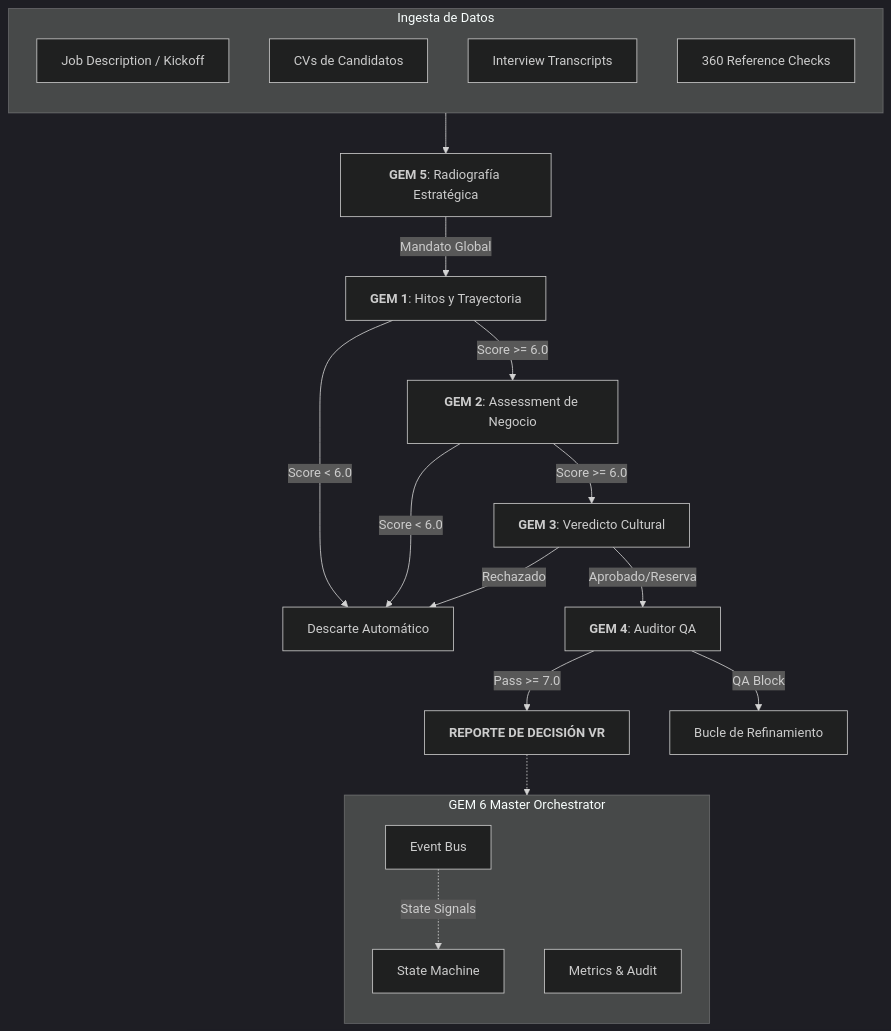
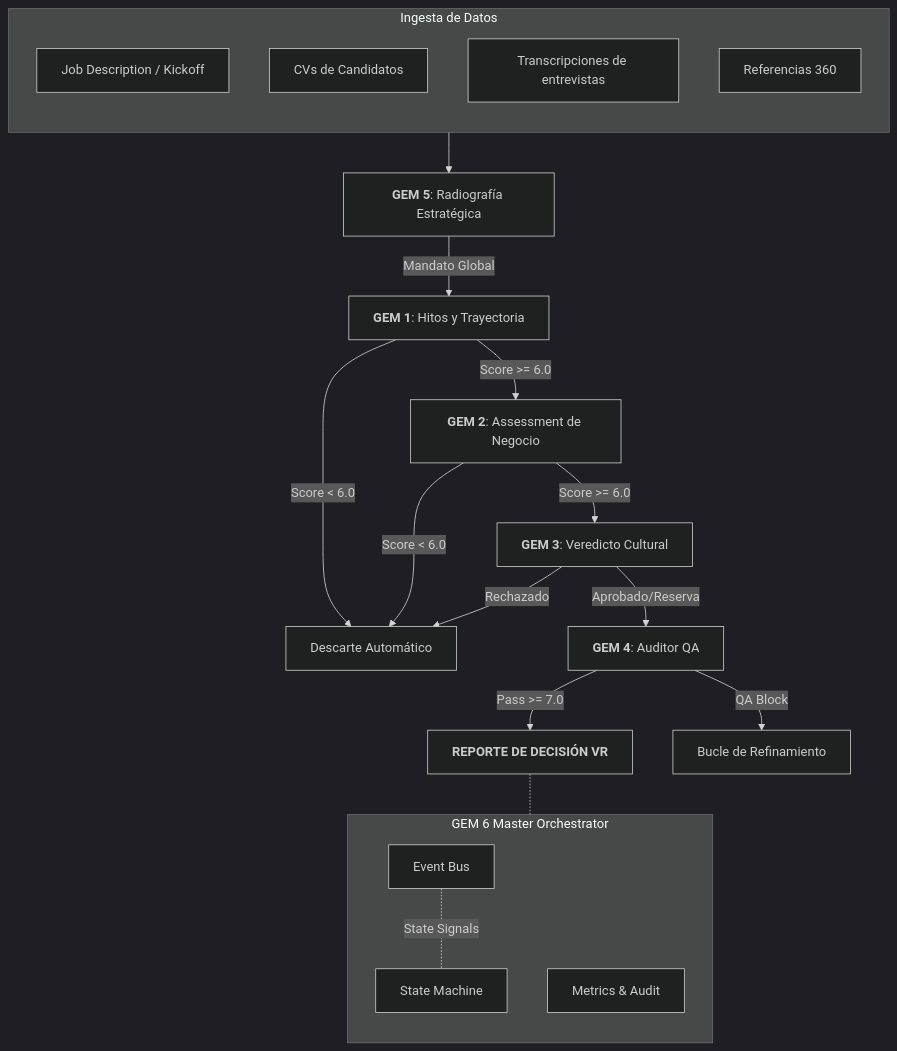
The diagram in README.md (tomascarminatti-ux/raadbot), drawn with Mermaid (dark theme) before and after one commit. The commit also changed other lines of this file, not shown here.

````diff
--- a/README.md
+++ b/README.md
@@ -32,35 +37,35 @@
 ```mermaid
 flowchart TD
-    subgraph INPUTS [Ingesta de Datos]
-        direction TB
-        JD[Job Description / Kickoff]
-        CV[CVs de Candidatos]
-        INT[Interview Transcripts]
-        REF[360 Reference Checks]
-    end
+	subgraph INPUTS[Ingesta de Datos]
+		direction TB
+		JD[Job Description / Kickoff]
+		CV[CVs de Candidatos]
+		INT[Transcripciones de entrevistas]
+		REF[Referencias 360]
+	end
 
-    subgraph ENGINE [GEM 6 Master Orchestrator]
-        direction TB
-        SM[State Machine]
-        EB[Event Bus]
-        MC[Metrics & Audit]
-    end
+	subgraph ENGINE[GEM 6 Master Orchestrator]
+		direction TB
+		SM[State Machine]
+		EB[Event Bus]
+		MC[Metrics & Audit]
+	end
 
-    JD --> G5[<b>GEM 5</b>: Radiografía Estratégica]
-    G5 -->|Mandato Global| G1[<b>GEM 1</b>: Hitos y Trayectoria]
-    
-    G1 -->|Score >= 6.0| G2[<b>GEM 2</b>: Assessment de Negocio]
-    G1 -->|Score < 6.0| Z[Descarte Automático]
-    
-    G2 -->|Score >= 6.0| G3[<b>GEM 3</b>: Veredicto Cultural]
-    G2 -->|Score < 6.0| Z
-    
-    G3 -->|Aprobado/Reserva| G4[<b>GEM 4</b>: Auditor QA]
-    G3 -->|Rechazado| Z
-    
-    G4 -->|Pass >= 7.0| REPORT[<b>REPORTE DE DECISIÓN VR</b>]
-    G4 -->|QA Block| RE[Bucle de Refinamiento]
-    
-    REPORT -.-> MC
-    EB -.->|State Signals| SM
+	JD --> G5[<b>GEM 5</b>: Radiografía Estratégica]
+	G5 -->|Mandato Global| G1[<b>GEM 1</b>: Hitos y Trayectoria]
+
+	G1 -->|Score >= 6.0| G2[<b>GEM 2</b>: Assessment de Negocio]
+	G1 -->|Score < 6.0| Z[Descarte Automático]
+
+	G2 -->|Score >= 6.0| G3[<b>GEM 3</b>: Veredicto Cultural]
+	G2 -->|Score < 6.0| Z
+
+	G3 -->|Aprobado/Reserva| G4[<b>GEM 4</b>: Auditor QA]
+	G3 -->|Rechazado| Z
+
+	G4 -->|Pass >= 7.0| REPORT[<b>REPORTE DE DECISIÓN VR</b>]
+	G4 -->|QA Block| RE[Bucle de Refinamiento]
+
+	REPORT -.- MC
+	EB -.-|State Signals| SM
 ```
````
